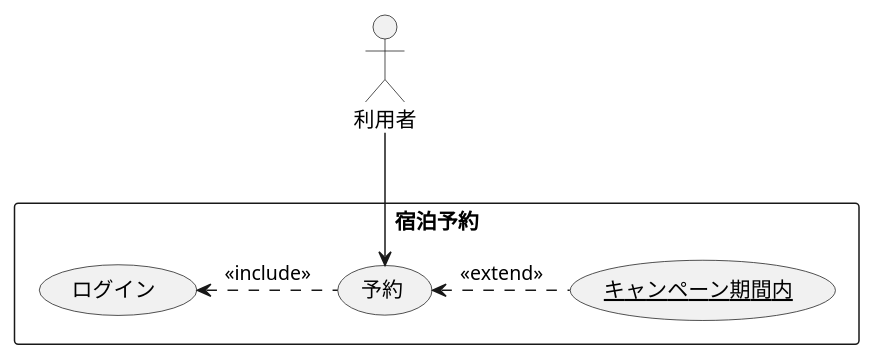
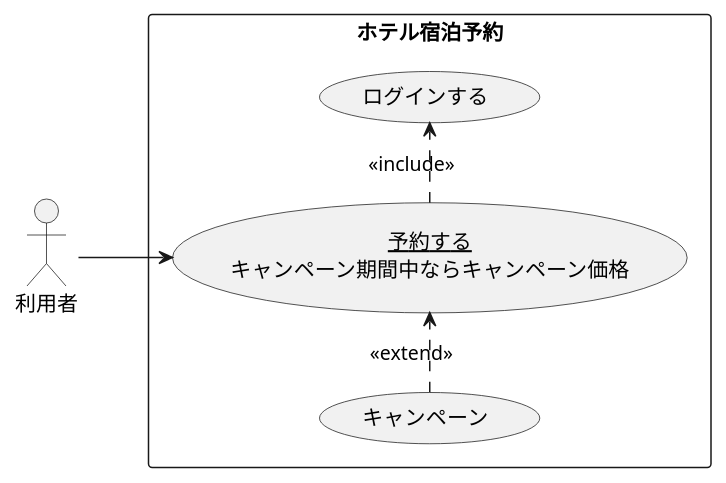
The diagram in 演習2-4_キャンペーン中のホテル宿泊予約.pu (aikurusii/uml_introduction), drawn with PlantUML before and after one commit. The commit also changed 1 other file, not shown here.

```diff
--- a/演習2-4_キャンペーン中のホテル宿泊予約.pu
+++ b/演習2-4_キャンペーン中のホテル宿泊予約.pu
@@ -1,11 +1,12 @@
 @startuml 宿泊予約
-rectangle 宿泊予約{
-    usecase ログイン
-    usecase 予約
-    usecase (<u>キャンペーン期間内</u>) as input
+left to right direction
+actor 利用者 
+rectangle ホテル宿泊予約{
+    usecase ログインする
+    usecase キャンペーン
+    usecase (<u>予約する</u>\nキャンペーン期間中ならキャンペーン価格) as input
 }
-
-予約<.input :<<extend>>
-ログイン<.予約 :<<include>>
-利用者-->予約
+input.> ログインする:<<include>>
+ (キャンペーン)   .>input : <<extend>>
+利用者-->input
 @enduml
```
